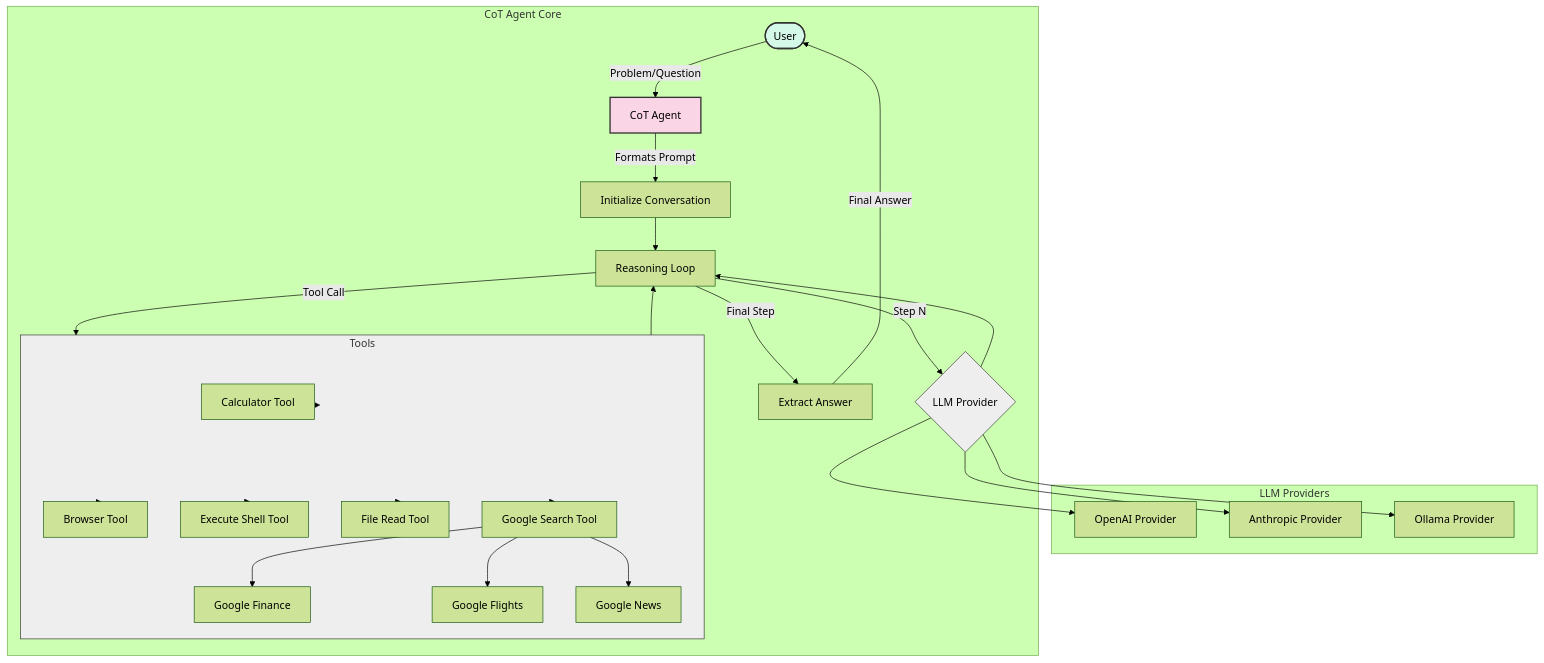
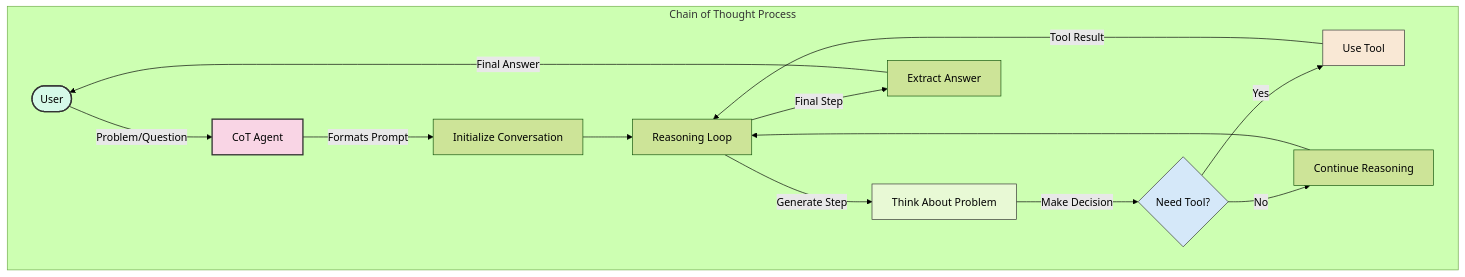
One commit to georgi/mini-agent changed the diagram in README.md. Above: the diagram before and after it, drawn with Mermaid (forest theme). The commit also changed other lines of this file, not shown here.

Commit message:
Refactor CoT Agent architecture in README to clarify the Chain of Thought Process. Removed outdated sections on LLM Providers and Tools, and updated diagram styles for improved readability.

````diff
--- a/README.md
+++ b/README.md
@@ -166,37 +166,23 @@
 ```mermaid
 graph TD
     User([User]) --> |Problem/Question| CoT[CoT Agent]
 
-    subgraph "CoT Agent Core"
+    subgraph "Chain of Thought Process"
         CoT --> |Formats Prompt| Init[Initialize Conversation]
         Init --> Loop[Reasoning Loop]
-        Loop --> |Step N| Provider
-        Provider --> Loop
-        Loop --> |Tool Call| Tools
-        Tools --> Loop
+        Loop --> |Generate Step| Think[Think About Problem]
+        Think --> |Make Decision| Decision{Need Tool?}
+        Decision -->|Yes| ToolUse[Use Tool]
+        ToolUse --> |Tool Result| Loop
+        Decision -->|No| Continue[Continue Reasoning]
+        Continue --> Loop
         Loop --> |Final Step| Extract[Extract Answer]
         Extract --> |Final Answer| User
     end
 
-    subgraph "LLM Providers"
-        Provider{LLM Provider} --> OpenAI[OpenAI Provider]
-        Provider --> Anthropic[Anthropic Provider]
-        Provider --> Ollama[Ollama Provider]
-    end
-
-    subgraph "Tools"
-        Tools{Available Tools} --> Math[Calculator Tool]
-        Tools --> Web[Browser Tool]
-        Tools --> Shell[Execute Shell Tool]
-        Tools --> Files[File Read Tool]
-        Tools --> Google[Google Search Tool]
-        Google --> Finance[Google Finance]
-        Google --> Flights[Google Flights]
-        Google --> News[Google News]
-    end
-
     style CoT fill:#f9d5e5,stroke:#333,stroke-width:2px
-    style Provider fill:#eeeeee,stroke:#333,stroke-width:1px
-    style Tools fill:#eeeeee,stroke:#333,stroke-width:1px
     style User fill:#d5f9e8,stroke:#333,stroke-width:2px
+    style Think fill:#e8f9d5,stroke:#333,stroke-width:1px
+    style Decision fill:#d5e8f9,stroke:#333,stroke-width:1px
+    style ToolUse fill:#f9e8d5,stroke:#333,stroke-width:1px
 ```
````
